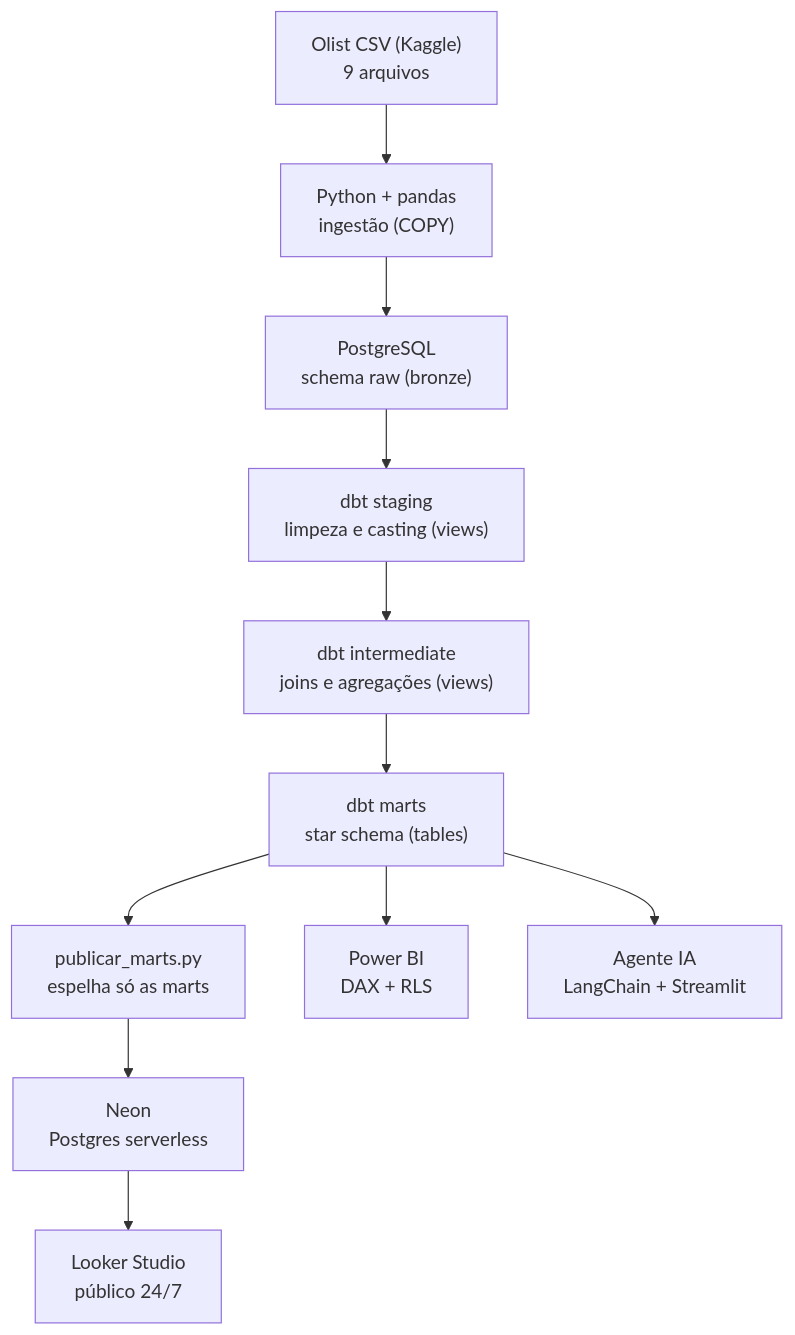
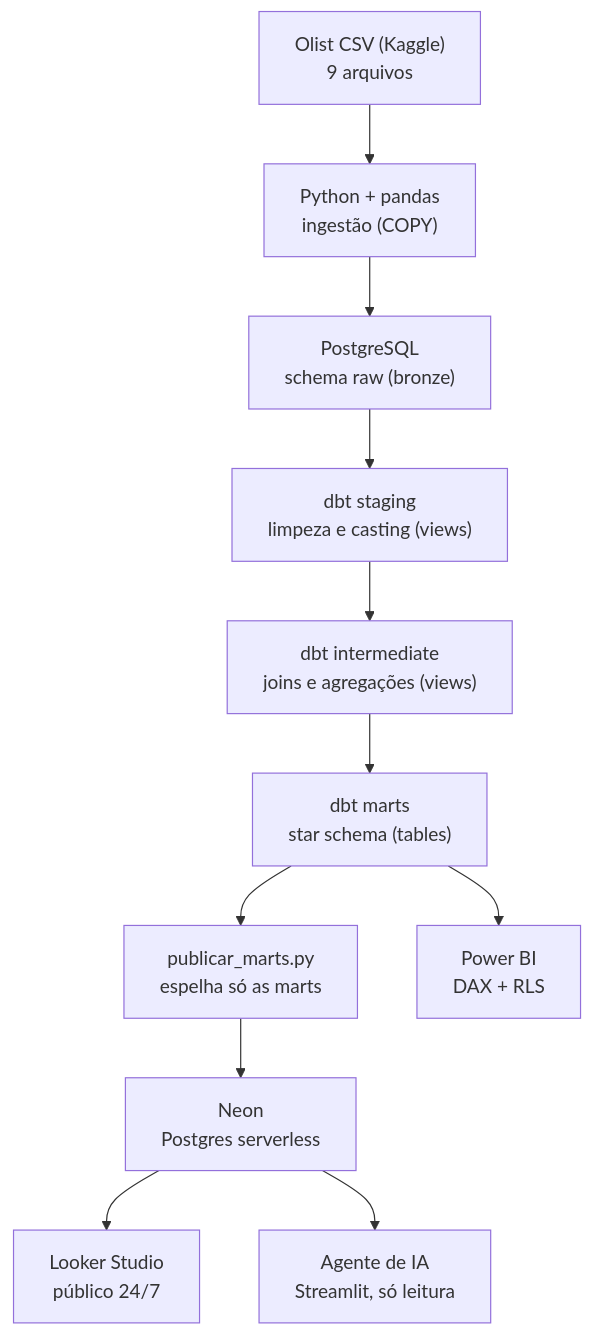
One commit to gustavohenriqq/pipeline-olist changed the first of 2 diagrams in README.md. Above: the diagram before and after it, drawn with Mermaid. The commit also changed other lines of this file and 4 other files, not shown here.

First line of the commit message:
docs: Etapa 6 no README e no ROADMAP, GIF do agente

````diff
--- a/README.md
+++ b/README.md
@@ -161,13 +181,13 @@
 ```mermaid
 flowchart TD
     A["Olist CSV (Kaggle)<br/>9 arquivos"] --> B["Python + pandas<br/>ingestão (COPY)"]
     B --> C["PostgreSQL<br/>schema raw (bronze)"]
     C --> D["dbt staging<br/>limpeza e casting (views)"]
     D --> E["dbt intermediate<br/>joins e agregações (views)"]
     E --> F["dbt marts<br/>star schema (tables)"]
     F --> P["publicar_marts.py<br/>espelha só as marts"]
     P --> N["Neon<br/>Postgres serverless"]
     N --> H["Looker Studio<br/>público 24/7"]
     F --> G["Power BI<br/>DAX + RLS"]
-    F --> I["Agente IA<br/>LangChain + Streamlit"]
+    N --> I["Agente de IA<br/>Streamlit, só leitura"]
 ```
````
